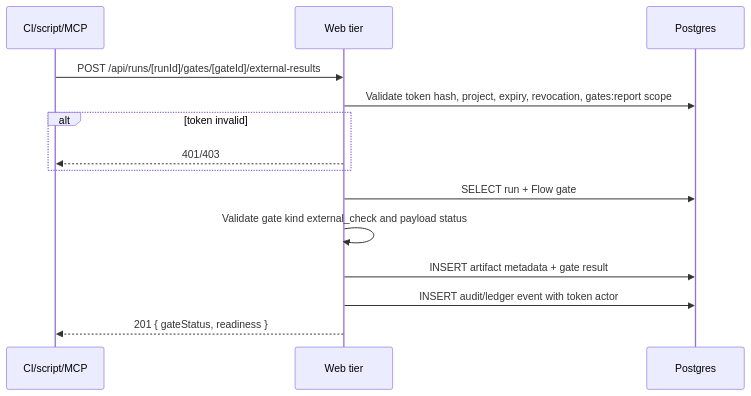
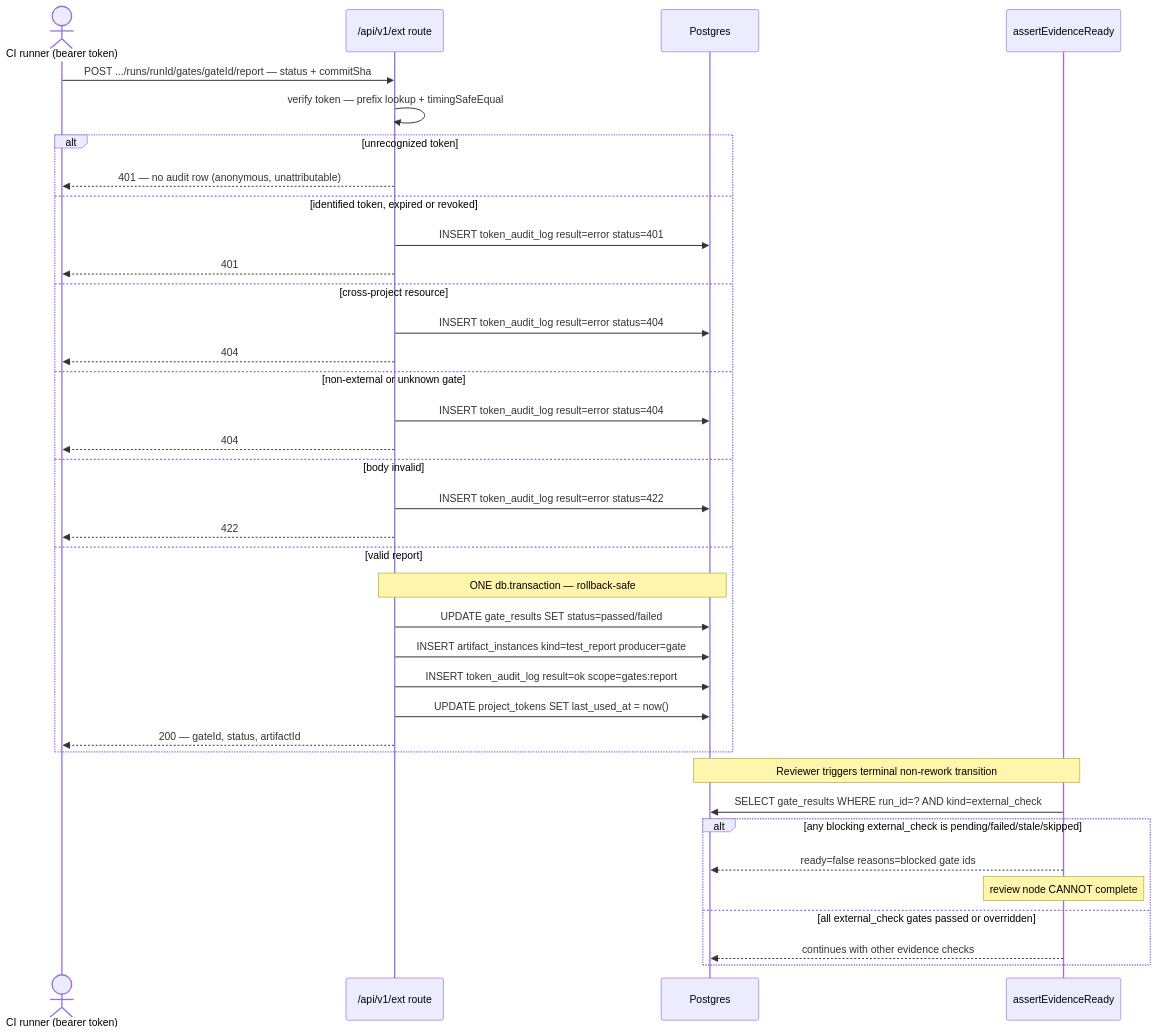
One commit to maister-dev/maister changed the fourth of 5 diagrams in docs/system-analytics/external-operations.md. Above: the diagram before and after it, drawn with Mermaid. The commit also changed other lines of this file and 115 other files, not shown here.

````diff
--- a/docs/system-analytics/external-operations.md
+++ b/docs/system-analytics/external-operations.md
@@ -40,17 +152,42 @@
 ```mermaid
 sequenceDiagram
-    participant EXT as CI/script/MCP
-    participant W as Web tier
+    actor CI as CI runner (bearer token)
+    participant EXT as /api/v1/ext route
     participant DB as Postgres
+    participant ER as assertEvidenceReady
 
-    EXT->>W: POST /api/runs/[runId]/gates/[gateId]/external-results
-    W->>DB: Validate token hash, project, expiry, revocation, gates:report scope
-    alt token invalid
-        W-->>EXT: 401/403
+    CI->>EXT: POST .../runs/runId/gates/gateId/report — status + commitSha
+    EXT->>EXT: verify token — prefix lookup + timingSafeEqual
+    alt unrecognized token
+        EXT-->>CI: 401 — no audit row (anonymous, unattributable)
+    else identified token, expired or revoked
+        EXT->>DB: INSERT token_audit_log result=error status=401
+        EXT-->>CI: 401
+    else cross-project resource
+        EXT->>DB: INSERT token_audit_log result=error status=404
+        EXT-->>CI: 404
+    else non-external or unknown gate
+        EXT->>DB: INSERT token_audit_log result=error status=404
+        EXT-->>CI: 404
+    else body invalid
+        EXT->>DB: INSERT token_audit_log result=error status=422
+        EXT-->>CI: 422
+    else valid report
+        Note over EXT,DB: ONE db.transaction — rollback-safe
+        EXT->>DB: UPDATE gate_results SET status=passed/failed
+        EXT->>DB: INSERT artifact_instances kind=test_report producer=gate
+        EXT->>DB: INSERT token_audit_log result=ok scope=gates:report
+        EXT->>DB: UPDATE project_tokens SET last_used_at = now()
+        EXT-->>CI: 200 — gateId, status, artifactId
     end
-    W->>DB: SELECT run + Flow gate
-    W->>W: Validate gate kind external_check and payload status
-    W->>DB: INSERT artifact metadata + gate result
-    W->>DB: INSERT audit/ledger event with token actor
-    W-->>EXT: 201 { gateStatus, readiness }
+
+    Note over DB,ER: Reviewer triggers terminal non-rework transition
+
+    ER->>DB: SELECT gate_results WHERE run_id=? AND kind=external_check
+    alt any blocking external_check is pending/failed/stale/skipped
+        ER-->>DB: ready=false reasons=blocked gate ids
+        Note over ER: review node CANNOT complete
+    else all external_check gates passed or overridden
+        ER-->>DB: continues with other evidence checks
+    end
 ```
````
